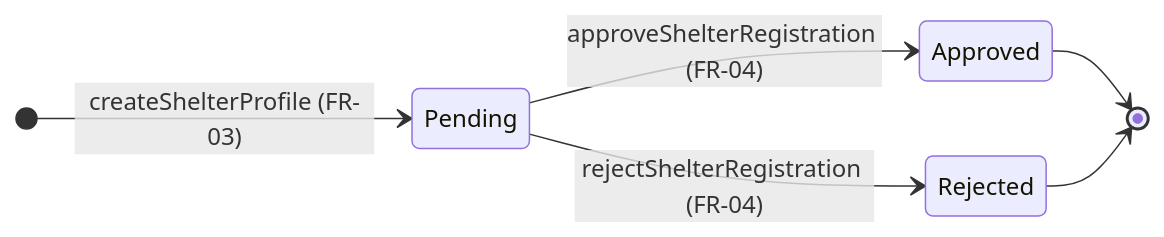
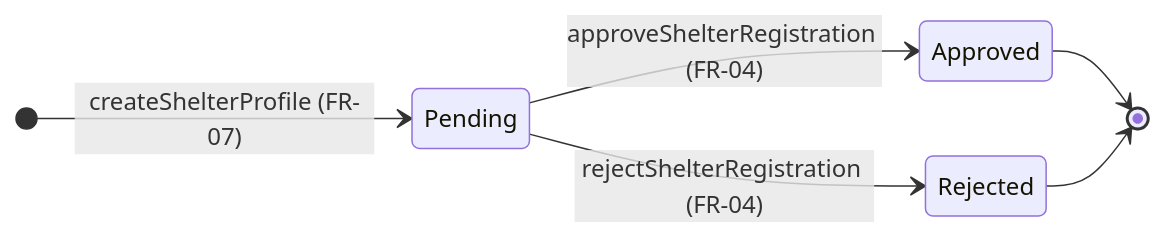
Before and after one commit to seng321-termproject-pawradise/pawradise: diagram 11 of 12 in docs/06-architecture.md, drawn with Mermaid. The commit also changed other lines of this file, not shown here.

````diff
--- a/docs/06-architecture.md
+++ b/docs/06-architecture.md
@@ -816,9 +816,9 @@
 ```mermaid
 stateDiagram-v2
     direction LR
-    [*] --> Pending: createShelterProfile (FR-03)
+    [*] --> Pending: createShelterProfile (FR-07)
     Pending --> Approved: approveShelterRegistration (FR-04)
     Pending --> Rejected: rejectShelterRegistration (FR-04)
     Approved --> [*]
     Rejected --> [*]
 ```
````
